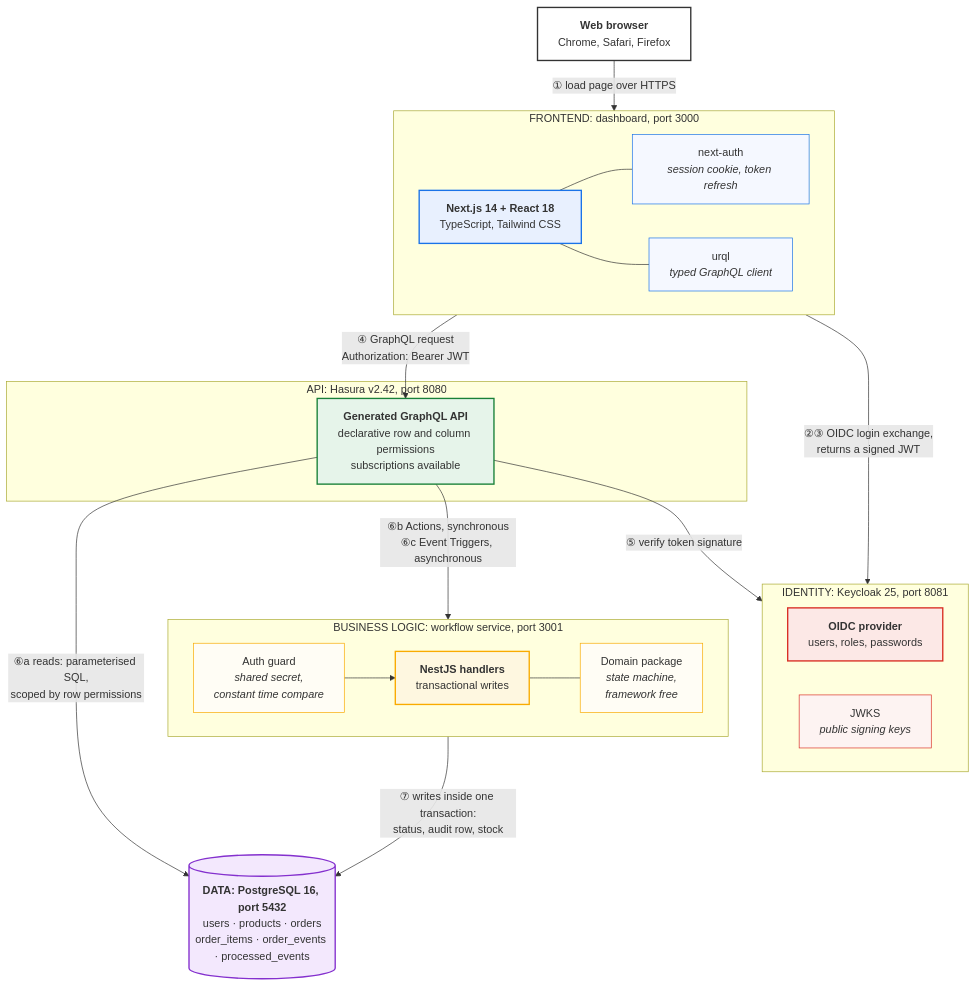
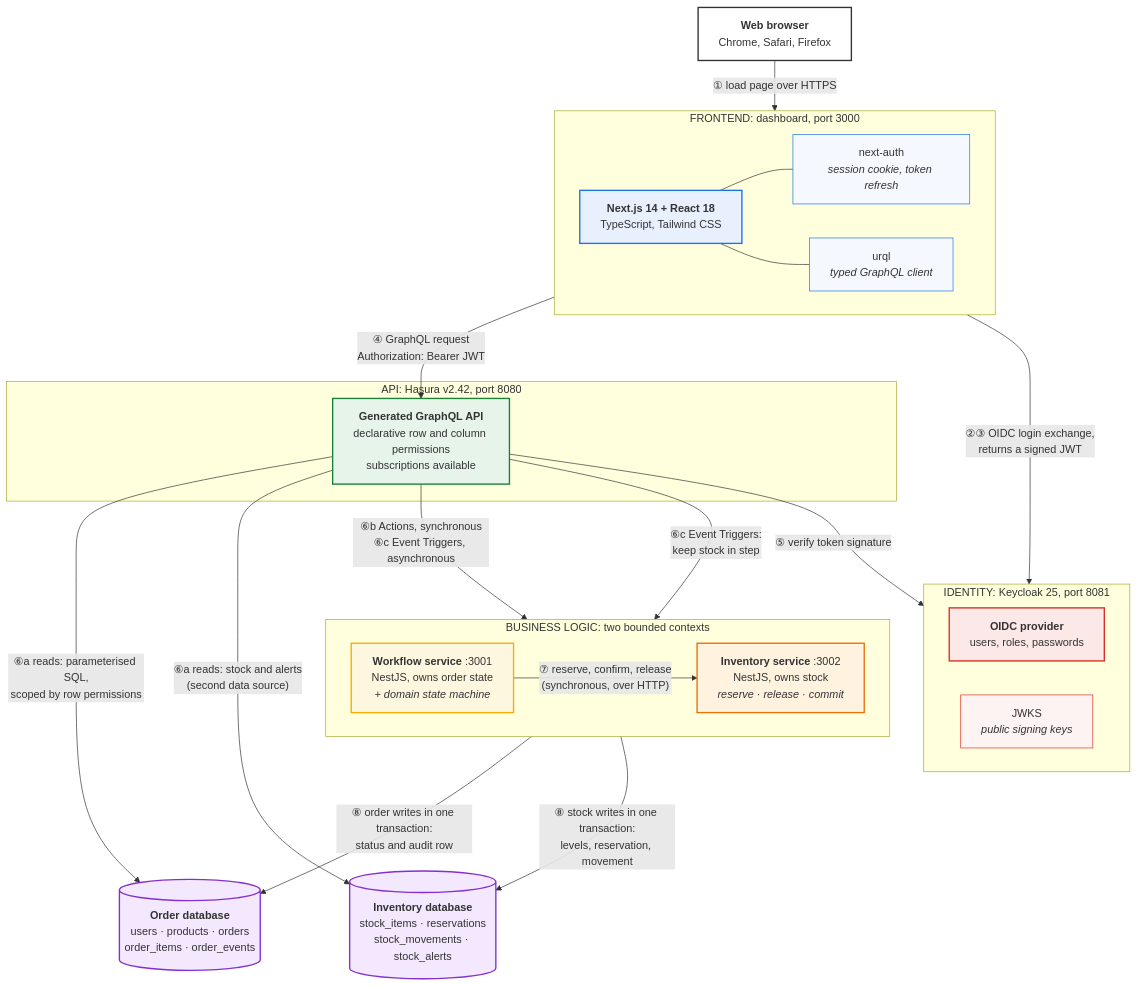
The second of 16 diagrams in docs/ARCHITECTURE.md (harishbala1o/ecommerce-orderflow), drawn with Mermaid before and after one commit. The commit also changed other lines of this file and 12 other files, not shown here.

````diff
--- a/docs/ARCHITECTURE.md
+++ b/docs/ARCHITECTURE.md
@@ -215,54 +226,56 @@
 ```mermaid
 flowchart TB
     BROWSER["<b>Web browser</b><br/>Chrome, Safari, Firefox"]
 
     subgraph FRONT["FRONTEND: dashboard, port 3000"]
         direction LR
         NA["next-auth<br/><i>session cookie, token refresh</i>"]
         WEB["<b>Next.js 14 + React 18</b><br/>TypeScript, Tailwind CSS"]
         URQL["urql<br/><i>typed GraphQL client</i>"]
     end
 
     subgraph AUTH["IDENTITY: Keycloak 25, port 8081"]
         direction LR
         KC["<b>OIDC provider</b><br/>users, roles, passwords"]
         JWKS["JWKS<br/><i>public signing keys</i>"]
     end
 
     subgraph APIT["API: Hasura v2.42, port 8080"]
         HAS["<b>Generated GraphQL API</b><br/>declarative row and column permissions<br/>subscriptions available"]
     end
 
-    subgraph LOGIC["BUSINESS LOGIC: workflow service, port 3001"]
+    subgraph LOGIC["BUSINESS LOGIC: two bounded contexts"]
         direction LR
-        GUARD["Auth guard<br/><i>shared secret,<br/>constant time compare</i>"]
-        WF["<b>NestJS handlers</b><br/>transactional writes"]
-        DOMAIN["Domain package<br/><i>state machine,<br/>framework free</i>"]
+        WF["<b>Workflow service</b> :3001<br/>NestJS, owns order state<br/><i>+ domain state machine</i>"]
+        INV["<b>Inventory service</b> :3002<br/>NestJS, owns stock<br/><i>reserve · release · commit</i>"]
     end
 
-    PG[("<b>DATA: PostgreSQL 16, port 5432</b><br/>users · products · orders<br/>order_items · order_events · processed_events")]
+    PGO[("<b>Order database</b><br/>users · products · orders<br/>order_items · order_events")]
+    PGI[("<b>Inventory database</b><br/>stock_items · reservations<br/>stock_movements · stock_alerts")]
 
     BROWSER -->|"① load page over HTTPS"| WEB
     WEB --- NA
     WEB --- URQL
     NA -->|"②③ OIDC login exchange,<br/>returns a signed JWT"| KC
     URQL -->|"④ GraphQL request<br/>Authorization: Bearer JWT"| HAS
     HAS -->|"⑤ verify token signature"| JWKS
-    HAS -->|"⑥a reads: parameterised SQL,<br/>scoped by row permissions"| PG
-    HAS -->|"⑥b Actions, synchronous<br/>⑥c Event Triggers, asynchronous"| GUARD
-    GUARD --> WF
-    WF --- DOMAIN
-    WF -->|"⑦ writes inside one transaction:<br/>status, audit row, stock"| PG
+    HAS -->|"⑥a reads: parameterised SQL,<br/>scoped by row permissions"| PGO
+    HAS -->|"⑥a reads: stock and alerts<br/>(second data source)"| PGI
+    HAS -->|"⑥b Actions, synchronous<br/>⑥c Event Triggers, asynchronous"| WF
+    HAS -->|"⑥c Event Triggers:<br/>keep stock in step"| INV
+    WF -->|"⑦ reserve, confirm, release<br/>(synchronous, over HTTP)"| INV
+    WF -->|"⑧ order writes in one transaction:<br/>status and audit row"| PGO
+    INV -->|"⑧ stock writes in one transaction:<br/>levels, reservation, movement"| PGI
 
     style BROWSER fill:#ffffff,stroke:#333,stroke-width:2px
     style WEB fill:#e8f0fe,stroke:#1a73e8,stroke-width:2px
     style NA fill:#f5f8ff,stroke:#1a73e8
     style URQL fill:#f5f8ff,stroke:#1a73e8
     style KC fill:#fce8e6,stroke:#d93025,stroke-width:2px
     style JWKS fill:#fdf3f2,stroke:#d93025
     style HAS fill:#e6f4ea,stroke:#188038,stroke-width:2px
     style WF fill:#fef7e0,stroke:#f9ab00,stroke-width:2px
-    style GUARD fill:#fffdf5,stroke:#f9ab00
-    style DOMAIN fill:#fffdf5,stroke:#f9ab00
-    style PG fill:#f3e8fd,stroke:#8430ce,stroke-width:2px
+    style INV fill:#fff3e0,stroke:#e8710a,stroke-width:2px
+    style PGO fill:#f3e8fd,stroke:#8430ce,stroke-width:2px
+    style PGI fill:#f3e8fd,stroke:#8430ce,stroke-width:2px
 ```
````
